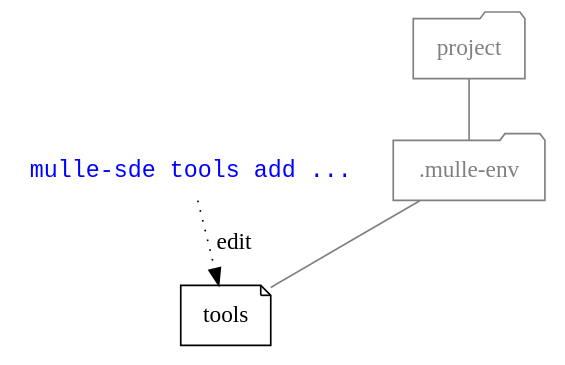
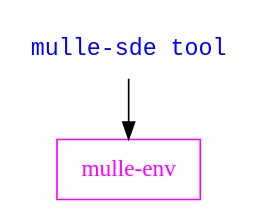
The diagram in dox/mulle-sde-tool.dot (mulle-sde/mulle-sde), drawn with Graphviz before and after one commit. The commit also changed 34 other files, not shown here.

Commit message:
improve templating by using the mulle-env as a sed creator

```diff
--- a/dox/mulle-sde-tool.dot
+++ b/dox/mulle-sde-tool.dot
@@ -1,16 +1,9 @@
 digraph G {
     graph [rankdir = TD];
 
     node[shape=folder];
 
-    "mulle-sde tools"  [ label="mulle-sde tools add ...", shape="none", fontname="monospace", fontcolor="blue"]
-
-    "project"            [ color="gray", fontcolor="gray"]
-    ".mulle-env"         [ color="gray", fontcolor="gray"]
-    "tools" [ shape="note"]
-    "project"    -> ".mulle-env"  [ arrowhead="none", color="gray" ]
-    ".mulle-env" -> "tools"       [ arrowhead="none", color="gray" ]
-
-    "mulle-sde tools"  -> "tools"  [ style="dotted", label="edit"
-    ]
+    "mulle-sde tool"  [ label="mulle-sde tool", shape="none", fontname="monospace", fontcolor="blue"]
+    "mulle-sde tool" -> "mulle-env"
+    "mulle-env"         [ shape="record", color="magenta", fontcolor="magenta"]
 }
```
